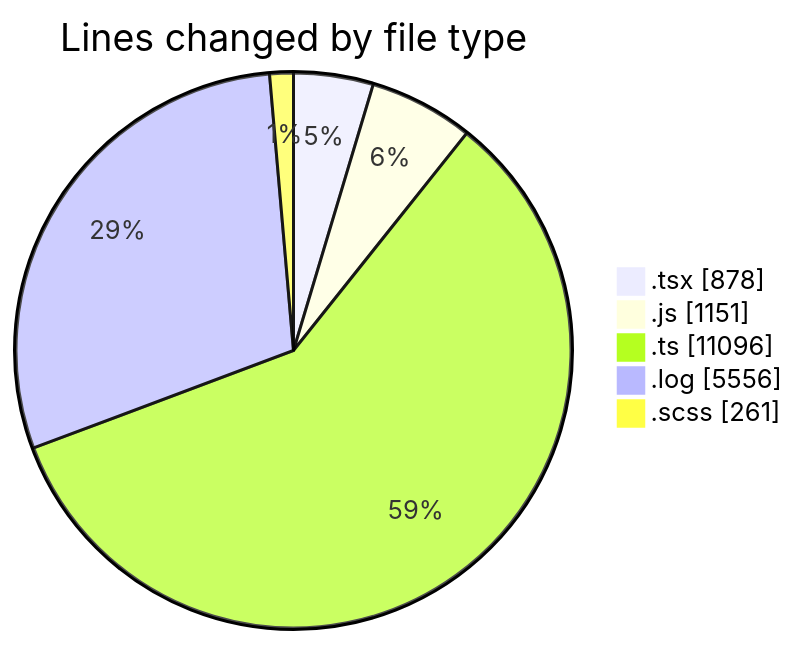
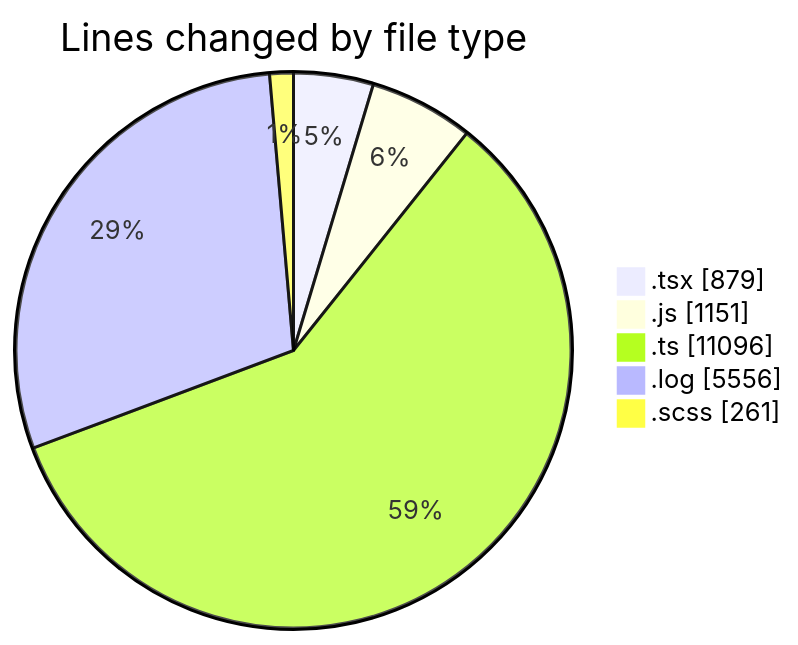
Before and after one commit to momahboobian/code-tracking: the first of 2 diagrams in 2026-04-09/cda/README.md, drawn with Mermaid. The commit also changed other lines of this file and 1 other file, not shown here.

````diff
--- a/2026-04-09/cda/README.md
+++ b/2026-04-09/cda/README.md
@@ -31,9 +31,9 @@
 ```mermaid
 pie showData
 title Lines changed by file type
-".tsx" : 878
+".tsx" : 879
 ".js" : 1151
 ".ts" : 11096
 ".log" : 5556
 ".scss" : 261
 ```
````
